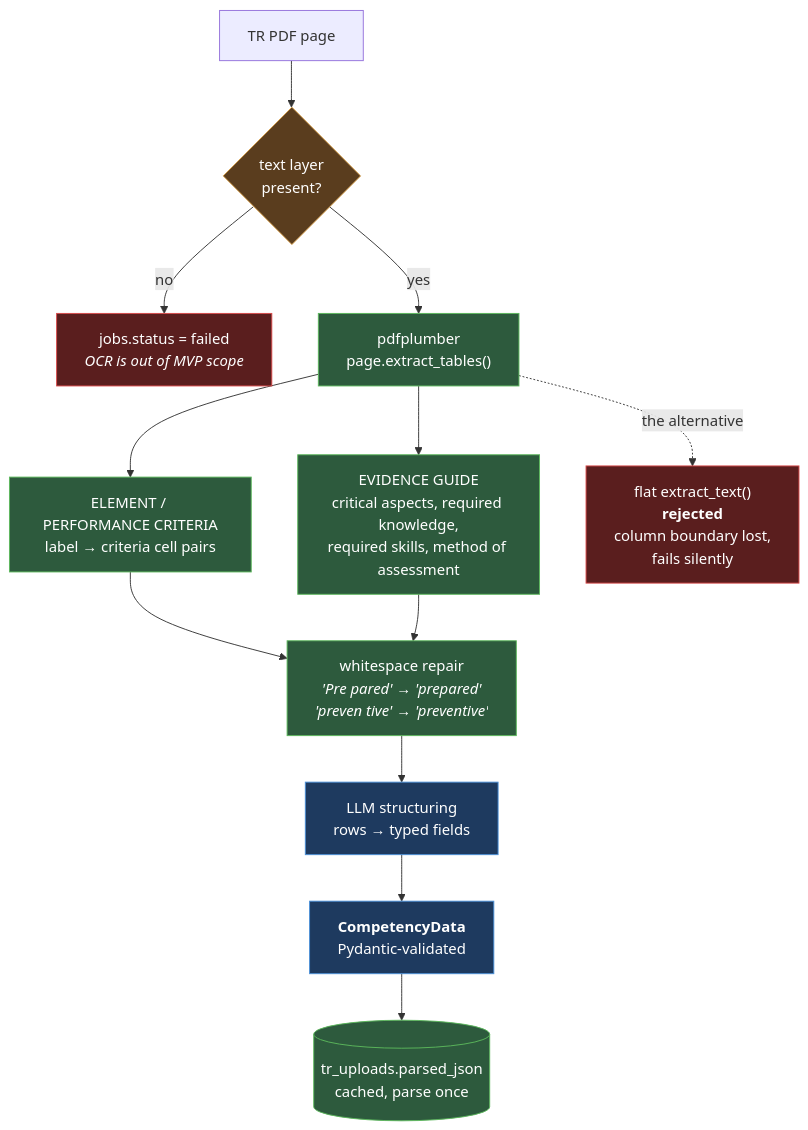
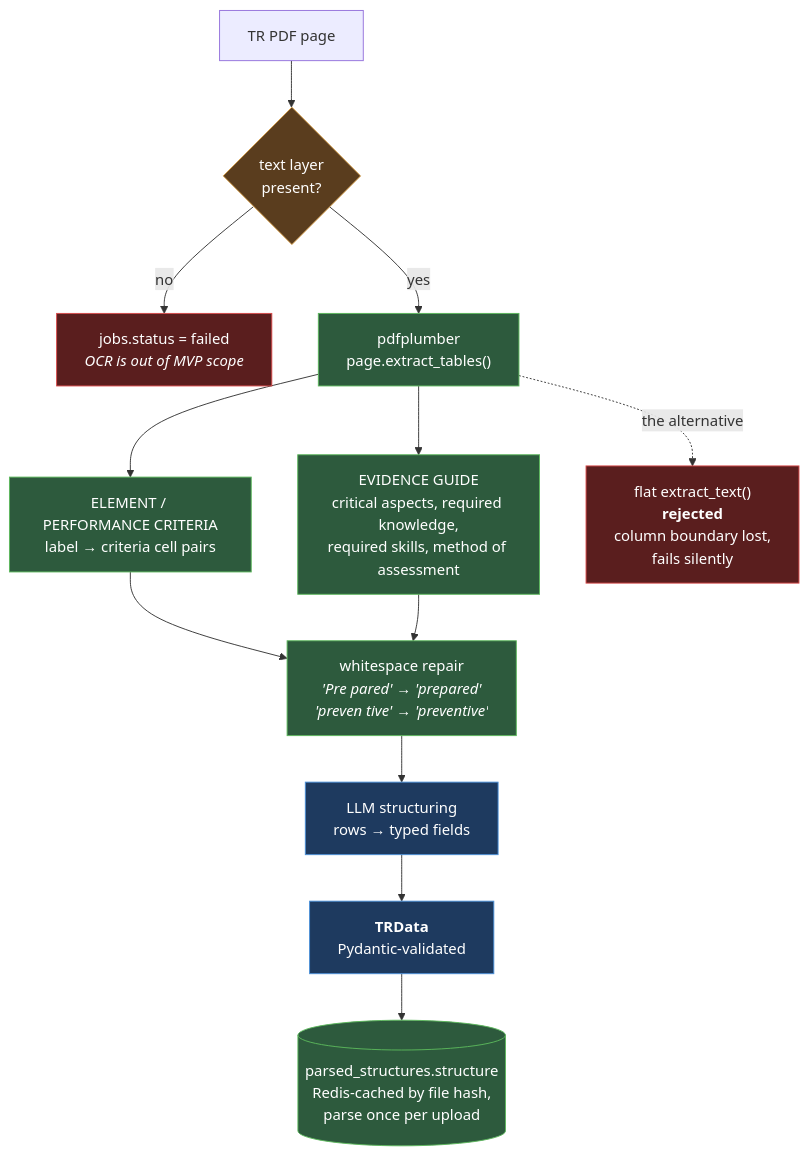
One commit to shuakyle21/tesda-cbc-agent changed the seventh of 9 diagrams in docs/specs/TECHNICAL_DIAGRAMS.md. Above: the diagram before and after it, drawn with Mermaid. The commit also changed other lines of this file and 5 other files, not shown here.

````diff
--- a/docs/specs/TECHNICAL_DIAGRAMS.md
+++ b/docs/specs/TECHNICAL_DIAGRAMS.md
@@ -390,33 +458,33 @@
 ```mermaid
 flowchart TD
     P0["TR PDF page"]
     P1{"text layer<br/>present?"}
     P0 --> P1
 
     P1 -->|"no"| PFAIL["jobs.status = failed<br/><i>OCR is out of MVP scope</i>"]
     P1 -->|"yes"| P2["pdfplumber<br/>page.extract_tables()"]
 
     P2 --> R1["ELEMENT / PERFORMANCE CRITERIA<br/>label → criteria cell pairs"]
     P2 --> R2["EVIDENCE GUIDE<br/>critical aspects, required knowledge,<br/>required skills, method of assessment"]
 
     R1 --> NORM
     R2 --> NORM
 
     NORM["whitespace repair<br/><i>'Pre pared' → 'prepared'</i><br/><i>'preven tive' → 'preventive'</i>"]
     NORM --> LLM2["LLM structuring<br/>rows → typed fields"]
-    LLM2 --> CD["<b>CompetencyData</b><br/>Pydantic-validated"]
-    CD --> CACHE[("tr_uploads.parsed_json<br/>cached, parse once")]
+    LLM2 --> CD["<b>TRData</b><br/>Pydantic-validated"]
+    CD --> CACHE[("parsed_structures.structure<br/>Redis-cached by file hash,<br/>parse once per upload")]
 
     REJECT["flat extract_text()<br/><b>rejected</b><br/>column boundary lost,<br/>fails silently"]
     P2 -.->|"the alternative"| REJECT
 
     classDef det fill:#2d5a3d,stroke:#5cb85c,color:#fff
     classDef llm fill:#1e3a5f,stroke:#4a90d9,color:#fff
     classDef gate fill:#5a3d1e,stroke:#d9a04a,color:#fff
     classDef fail fill:#5a1e1e,stroke:#d94a4a,color:#fff
 
     class P2,NORM,R1,R2,CACHE det
     class LLM2,CD llm
     class P1 gate
     class PFAIL,REJECT fail
 ```
````
